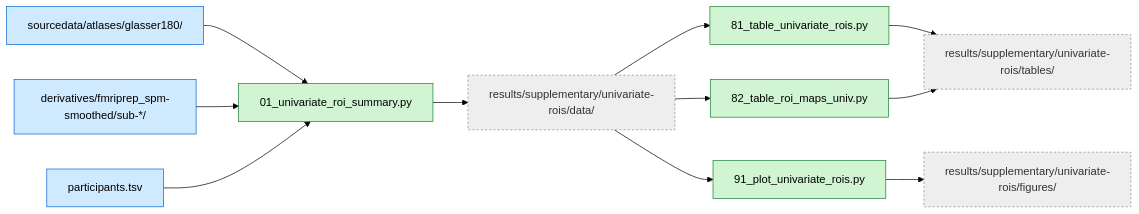
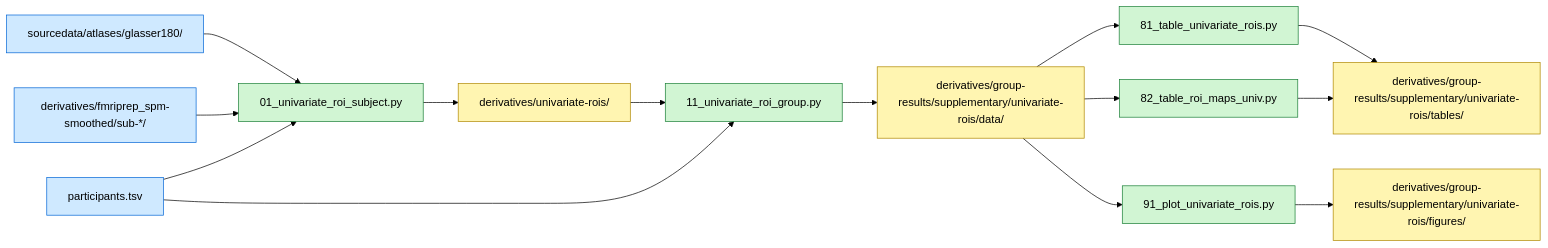
The diagram in chess-supplementary/univariate-rois/README.md (costantinoai/chess-expertise-2025), drawn with Mermaid (forest theme) before and after one commit. The commit also changed other lines of this file and 59 other files, not shown here.

````diff
--- a/chess-supplementary/univariate-rois/README.md
+++ b/chess-supplementary/univariate-rois/README.md
@@ -14,27 +15,33 @@
 ```mermaid
 flowchart LR
-  classDef in fill:#cfe9ff,stroke:#0366d6,color:#000
-  classDef sc fill:#d1f5d3,stroke:#1a7f37,color:#000
-  classDef rl fill:#eee,stroke:#888,stroke-dasharray:3 3,color:#333
+ classDef in fill:#cfe9ff,stroke:#0366d6,color:#000
+ classDef out fill:#fff5b1,stroke:#b08800,color:#000
+ classDef sc fill:#d1f5d3,stroke:#1a7f37,color:#000
 
-  PT[participants.tsv]:::in
-  A180[sourcedata/atlases/glasser180/]:::in
-  GLMS["derivatives/fmriprep_spm-smoothed/sub-*/"]:::in
+ PT[participants.tsv]:::in
+ A180[sourcedata/atlases/glasser180/]:::in
+ GLMS["derivatives/fmriprep_spm-smoothed/sub-*/"]:::in
 
-  U01["01_univariate_roi_summary.py"]:::sc
-  U81["81_table_univariate_rois.py"]:::sc
-  U82["82_table_roi_maps_univ.py"]:::sc
-  U91["91_plot_univariate_rois.py"]:::sc
-  DATA["results/supplementary/univariate-rois/data/"]:::rl
-  TABLES["results/supplementary/univariate-rois/tables/"]:::rl
-  FIGURES["results/supplementary/univariate-rois/figures/"]:::rl
+ U01["01_univariate_roi_subject.py"]:::sc
+ U11["11_univariate_roi_group.py"]:::sc
+ U81["81_table_univariate_rois.py"]:::sc
+ U82["82_table_roi_maps_univ.py"]:::sc
+ U91["91_plot_univariate_rois.py"]:::sc
+ DERIV[derivatives/univariate-rois/]:::out
+ DATA["derivatives/group-results/supplementary/univariate-rois/data/"]:::out
+ TABLES["derivatives/group-results/supplementary/univariate-rois/tables/"]:::out
+ FIGURES["derivatives/group-results/supplementary/univariate-rois/figures/"]:::out
 
-  A180 --> U01
-  GLMS --> U01
-  PT --> U01
-  U01 --> DATA
+ A180 --> U01
+ GLMS --> U01
+ PT --> U01
+ U01 --> DERIV
 
-  DATA --> U81 --> TABLES
-  DATA --> U82 --> TABLES
-  DATA --> U91 --> FIGURES
+ DERIV --> U11
+ PT --> U11
+ U11 --> DATA
+
+ DATA --> U81 --> TABLES
+ DATA --> U82 --> TABLES
+ DATA --> U91 --> FIGURES
 ```
````
